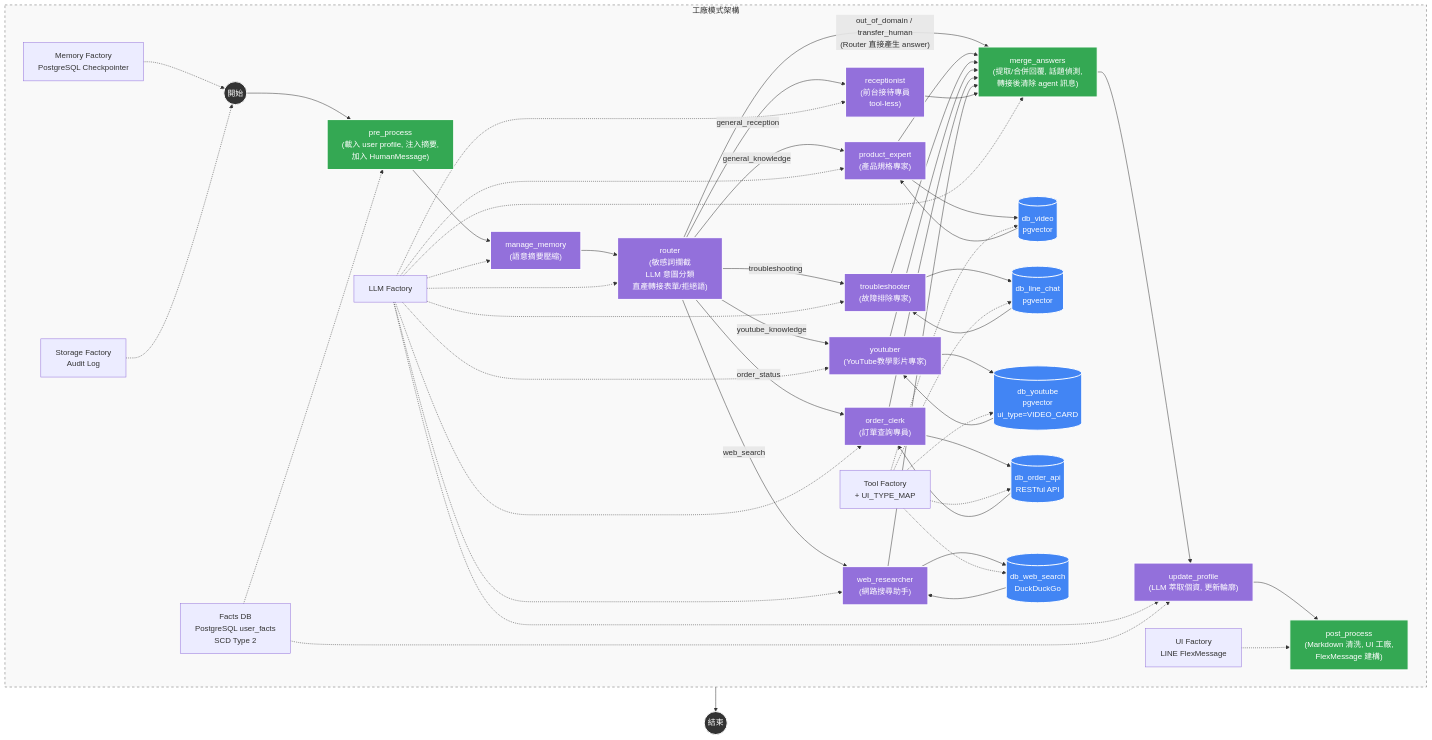
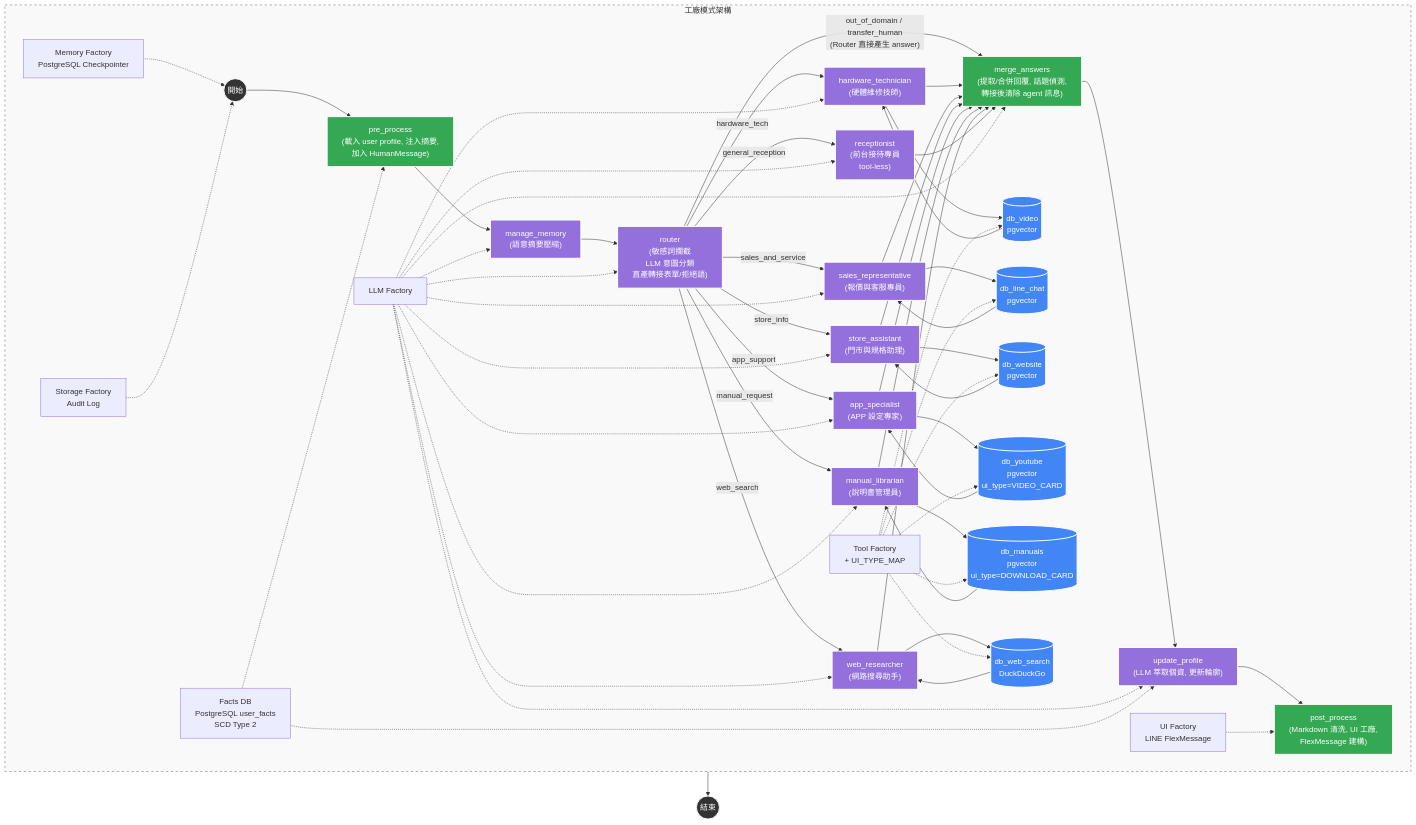
Before and after one commit to Imding1211/lock_AI_Agent: the first of 5 diagrams in docs/manuals/系統架構與流程圖.md, drawn with Mermaid. The commit also changed other lines of this file and 6 other files, not shown here.

First line of the commit message:
feat: DOWNLOAD_CARD 顯示檔案名稱 + 架構圖同步更新至現行 Agent 配置

````diff
--- a/docs/manuals/系統架構與流程圖.md
+++ b/docs/manuals/系統架構與流程圖.md
@@ -3,61 +3,65 @@
 ```mermaid
 graph TD
     %% 節點樣式定義
     classDef startEnd fill:#333,stroke:#fff,stroke-width:2px,color:#fff;
     classDef llmNode fill:#9370DB,stroke:#fff,stroke-width:2px,color:#fff;
     classDef decision fill:#ff9900,stroke:#333,stroke-width:2px;
     classDef dbNode fill:#4285f4,stroke:#fff,stroke-width:2px,color:#fff;
     classDef actionNode fill:#34a853,stroke:#fff,stroke-width:2px,color:#fff;
     classDef note fill:#f9f9f9,stroke:#666,stroke-dasharray: 5 5;
 
     %% 核心流程
     START((開始)):::startEnd --> pre_process["pre_process<br/>(載入 user profile, 注入摘要,<br/>加入 HumanMessage)"]:::actionNode
     pre_process --> manage_memory["manage_memory<br/>(語意摘要壓縮)"]:::llmNode
     manage_memory --> router["router<br/>(敏感詞攔截<br/>LLM 意圖分類<br/>直產轉接表單/拒絕語)"]:::llmNode
 
     %% 意圖分流（Send() fan-out，多意圖可平行派發）
-    router -- "general_knowledge" --> PE["product_expert<br/>(產品規格專家)"]:::llmNode
-    router -- "troubleshooting" --> TS["troubleshooter<br/>(故障排除專家)"]:::llmNode
-    router -- "youtube_knowledge" --> YT["youtuber<br/>(YouTube教學影片專家)"]:::llmNode
-    router -- "order_status" --> OC["order_clerk<br/>(訂單查詢專員)"]:::llmNode
+    router -- "hardware_tech" --> HT["hardware_technician<br/>(硬體維修技師)"]:::llmNode
+    router -- "sales_and_service" --> SR["sales_representative<br/>(報價與客服專員)"]:::llmNode
+    router -- "store_info" --> SA["store_assistant<br/>(門市與規格助理)"]:::llmNode
+    router -- "app_support" --> AS["app_specialist<br/>(APP 設定專家)"]:::llmNode
+    router -- "manual_request" --> ML["manual_librarian<br/>(說明書管理員)"]:::llmNode
     router -- "web_search" --> WR["web_researcher<br/>(網路搜尋助手)"]:::llmNode
     router -- "general_reception" --> RC["receptionist<br/>(前台接待專員<br/>tool-less)"]:::llmNode
     router -- "out_of_domain / transfer_human<br/>(Router 直接產生 answer)" --> merge_answers
 
     %% Agent 子圖（agent_llm ↔ tool_node 迴圈）
-    PE --> PE_TOOL[("db_video<br/>pgvector")]:::dbNode
-    TS --> TS_TOOL[("db_line_chat<br/>pgvector")]:::dbNode
-    YT --> YT_TOOL[("db_youtube<br/>pgvector<br/>ui_type=VIDEO_CARD")]:::dbNode
-    OC --> OC_TOOL[("db_order_api<br/>RESTful API")]:::dbNode
+    HT --> HT_TOOL[("db_video<br/>pgvector")]:::dbNode
+    SR --> SR_TOOL[("db_line_chat<br/>pgvector")]:::dbNode
+    SA --> SA_TOOL[("db_website<br/>pgvector")]:::dbNode
+    AS --> AS_TOOL[("db_youtube<br/>pgvector<br/>ui_type=VIDEO_CARD")]:::dbNode
+    ML --> ML_TOOL[("db_manuals<br/>pgvector<br/>ui_type=DOWNLOAD_CARD")]:::dbNode
     WR --> WR_TOOL[("db_web_search<br/>DuckDuckGo")]:::dbNode
 
-    PE_TOOL --> PE
-    TS_TOOL --> TS
-    YT_TOOL --> YT
-    OC_TOOL --> OC
+    HT_TOOL --> HT
+    SR_TOOL --> SR
+    SA_TOOL --> SA
+    AS_TOOL --> AS
+    ML_TOOL --> ML
     WR_TOOL --> WR
 
     %% 匯流
-    PE --> merge_answers["merge_answers<br/>(提取/合併回覆, 話題偵測,<br/>轉接後清除 agent 訊息)"]:::actionNode
-    TS --> merge_answers
-    YT --> merge_answers
-    OC --> merge_answers
+    HT --> merge_answers["merge_answers<br/>(提取/合併回覆, 話題偵測,<br/>轉接後清除 agent 訊息)"]:::actionNode
+    SR --> merge_answers
+    SA --> merge_answers
+    AS --> merge_answers
+    ML --> merge_answers
     WR --> merge_answers
     RC --> merge_answers
     merge_answers --> update_profile["update_profile<br/>(LLM 萃取個資, 更新輪廓)"]:::llmNode
     update_profile --> post_process["post_process<br/>(Markdown 清洗, UI 工廠,<br/>FlexMessage 建構)"]:::actionNode
     post_process --> END((結束)):::startEnd
 
     %% 底層支援
     subgraph Support_Layer [工廠模式架構]
         direction LR
-        f1[LLM Factory] -.-> manage_memory & router & PE & TS & YT & OC & WR & RC & merge_answers & update_profile
+        f1[LLM Factory] -.-> manage_memory & router & HT & SR & SA & AS & ML & WR & RC & merge_answers & update_profile
         f2[Memory Factory<br/>PostgreSQL Checkpointer] -.-> START
-        f3[Tool Factory<br/>+ UI_TYPE_MAP] -.-> PE_TOOL & TS_TOOL & YT_TOOL & OC_TOOL & WR_TOOL
+        f3[Tool Factory<br/>+ UI_TYPE_MAP] -.-> HT_TOOL & SR_TOOL & SA_TOOL & AS_TOOL & ML_TOOL & WR_TOOL
         f4[Storage Factory<br/>Audit Log] -.-> START
         f5[Facts DB<br/>PostgreSQL user_facts<br/>SCD Type 2] -.-> pre_process & update_profile
         f6[UI Factory<br/>LINE FlexMessage] -.-> post_process
     end
     class Support_Layer note
 
 ```
````
